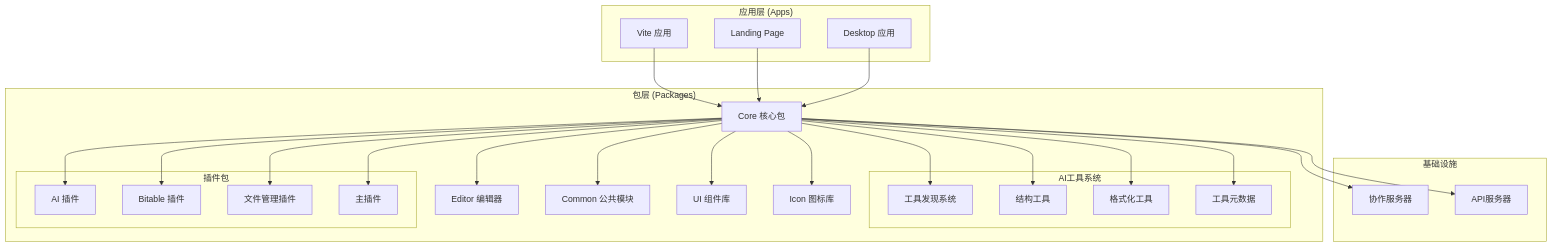
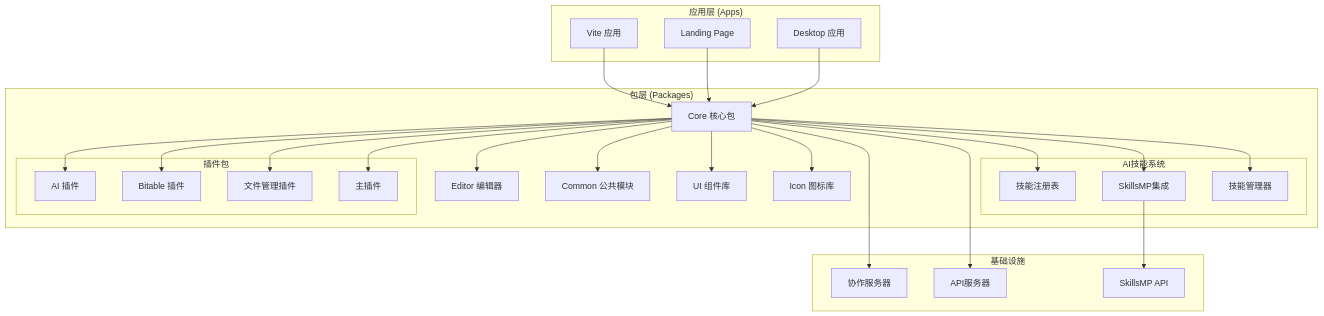
Before and after one commit to LRF0422/Kotion: the first of 11 diagrams in .qoder/repowiki/zh/content/功能模块/AI技能市场系统.md, drawn with Mermaid. The commit also changed other lines of this file and 22 other files, not shown here.

````diff
--- a/.qoder/repowiki/zh/content/功能模块/AI技能市场系统.md
+++ b/.qoder/repowiki/zh/content/功能模块/AI技能市场系统.md
@@ -69,48 +63,48 @@
 ```mermaid
 graph TB
 subgraph "应用层 (Apps)"
 ViteApp[Vite 应用]
 LandingPage[Landing Page]
 DesktopApp[Desktop 应用]
 end
 subgraph "包层 (Packages)"
 Core[Core 核心包]
 Editor[Editor 编辑器]
 Common[Common 公共模块]
 UI[UI 组件库]
 Icon[Icon 图标库]
-subgraph "AI工具系统"
-ToolDiscovery[工具发现系统]
-StructureTools[结构工具]
-FormatTools[格式化工具]
-ToolMetadata[工具元数据]
+subgraph "AI技能系统"
+SkillRegistry[技能注册表]
+SkillsMP[SkillsMP集成]
+SkillManager[技能管理器]
 end
 subgraph "插件包"
 PluginAI[AI 插件]
 PluginBitable[Bitable 插件]
 PluginFileManager[文件管理插件]
 PluginMain[主插件]
 end
 end
 subgraph "基础设施"
 RoomServer[协作服务器]
 APIServer[API服务器]
+SkillsMPAPI[SkillsMP API]
 end
 ViteApp --> Core
 LandingPage --> Core
 DesktopApp --> Core
 Core --> Editor
 Core --> Common
 Core --> UI
 Core --> Icon
-Core --> ToolDiscovery
-Core --> StructureTools
-Core --> FormatTools
-Core --> ToolMetadata
+Core --> SkillRegistry
+Core --> SkillsMP
+Core --> SkillManager
 Core --> PluginAI
 Core --> PluginBitable
 Core --> PluginFileManager
 Core --> PluginMain
 Core --> RoomServer
 Core --> APIServer
+SkillsMP --> SkillsMPAPI
 ```
````
